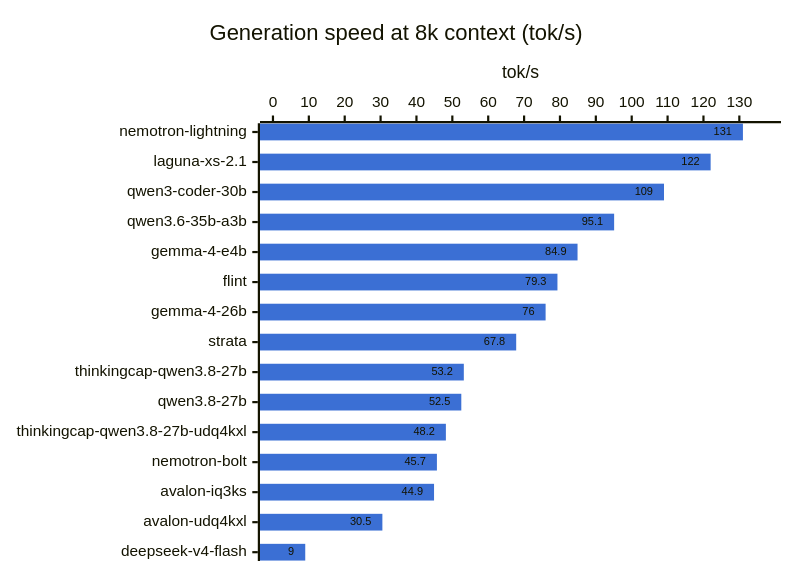
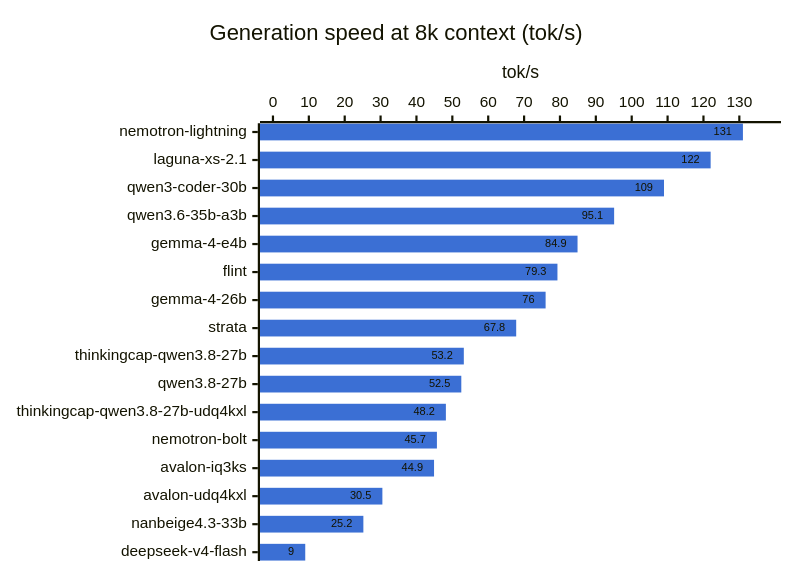
The third of 3 diagrams in RESULTS.md (hofftodd/ai-bench), drawn with Mermaid before and after one commit. The commit also changed other lines of this file and 2 other files, not shown here.

First line of the commit message:
Nanbeige4.3-33B results on the R9700

````diff
--- a/RESULTS.md
+++ b/RESULTS.md
@@ -54,8 +55,8 @@
 ```mermaid
 %%{init: {"xyChart": {"showDataLabel": true}, "themeVariables": {"xyChart": {"plotColorPalette": "#3b6fd4"}}}}%%
 xychart-beta horizontal
     title "Generation speed at 8k context (tok/s)"
-    x-axis ["nemotron-lightning", "laguna-xs-2.1", "qwen3-coder-30b", "qwen3.6-35b-a3b", "gemma-4-e4b", "flint", "gemma-4-26b", "strata", "thinkingcap-qwen3.8-27b", "qwen3.8-27b", "thinkingcap-qwen3.8-27b-udq4kxl", "nemotron-bolt", "avalon-iq3ks", "avalon-udq4kxl", "deepseek-v4-flash"]
+    x-axis ["nemotron-lightning", "laguna-xs-2.1", "qwen3-coder-30b", "qwen3.6-35b-a3b", "gemma-4-e4b", "flint", "gemma-4-26b", "strata", "thinkingcap-qwen3.8-27b", "qwen3.8-27b", "thinkingcap-qwen3.8-27b-udq4kxl", "nemotron-bolt", "avalon-iq3ks", "avalon-udq4kxl", "nanbeige4.3-33b", "deepseek-v4-flash"]
     y-axis "tok/s" 0 --> 138
-    bar [131.0, 122.0, 109.0, 95.1, 84.9, 79.3, 76.0, 67.8, 53.2, 52.5, 48.2, 45.7, 44.9, 30.5, 9.0]
+    bar [131.0, 122.0, 109.0, 95.1, 84.9, 79.3, 76.0, 67.8, 53.2, 52.5, 48.2, 45.7, 44.9, 30.5, 25.2, 9.0]
 ```
````
